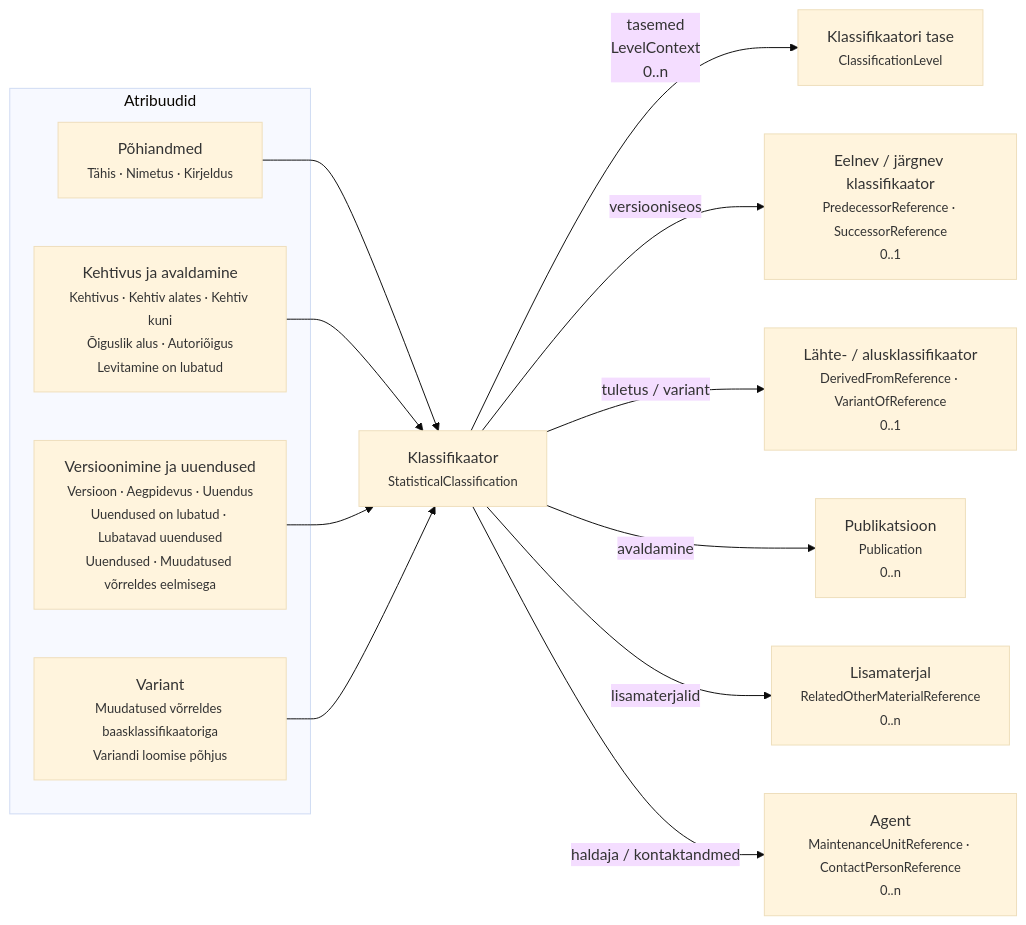
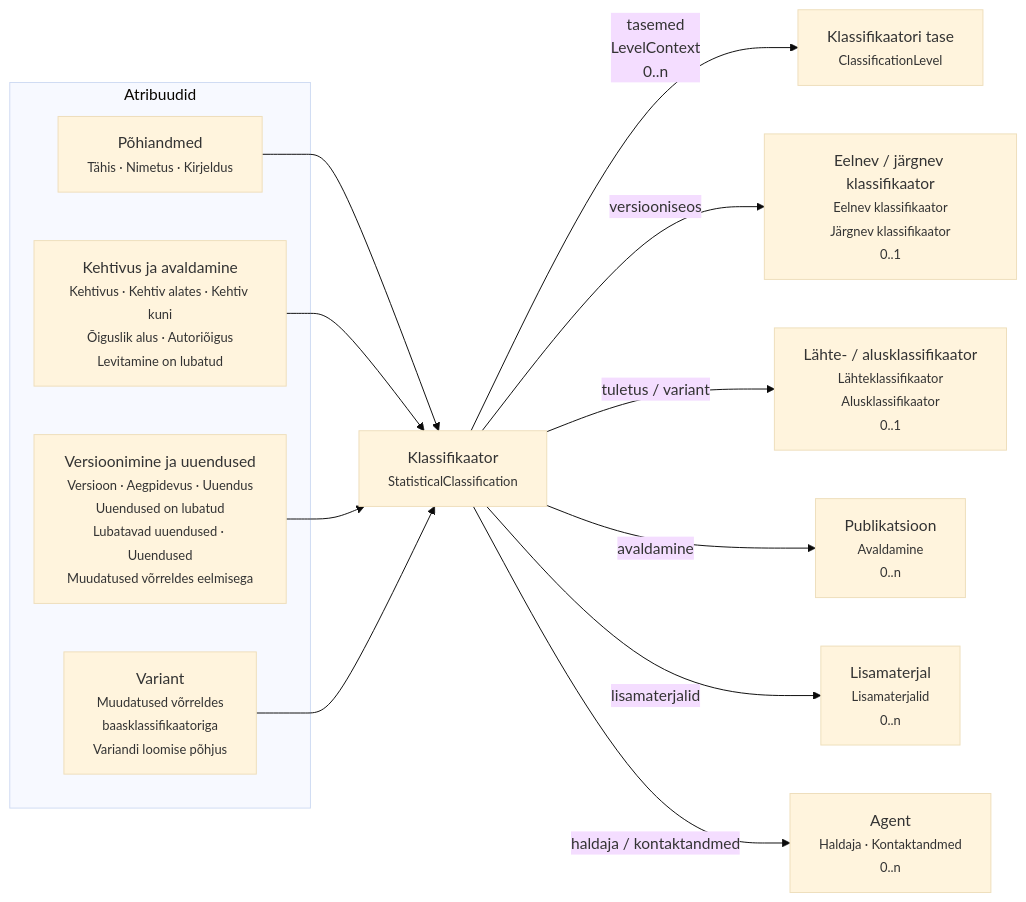
Before and after one commit to e-gov/Klassifikaatorite-ja-Koodiloendite-Standard: the fourth of 6 diagrams in docs/klassifikaator/atribuudid.md, drawn with Mermaid (base theme).

````diff
--- a/docs/klassifikaator/atribuudid.md
+++ b/docs/klassifikaator/atribuudid.md
@@ -153,44 +153,44 @@
 ```mermaid
 flowchart LR
 
 SC["Klassifikaator<br/><small>StatisticalClassification</small>"]
 
 subgraph ATTR["Atribuudid"]
   BASIC["Põhiandmed<br/><small>Tähis · Nimetus · Kirjeldus</small>"]
 
   VALID["Kehtivus ja avaldamine<br/><small>Kehtivus · Kehtiv alates · Kehtiv kuni<br/>Õiguslik alus · Autoriõigus<br/>Levitamine on lubatud</small>"]
 
-  VERSION["Versioonimine ja uuendused<br/><small>Versioon · Aegpidevus · Uuendus<br/>Uuendused on lubatud · Lubatavad uuendused<br/>Uuendused · Muudatused võrreldes eelmisega</small>"]
+  VERSION["Versioonimine ja uuendused<br/><small>Versioon · Aegpidevus · Uuendus<br/>Uuendused on lubatud<br/>Lubatavad uuendused · Uuendused<br/>Muudatused võrreldes eelmisega</small>"]
 
-  VARIANT["Variant<br/><small>Muudatused võrreldes baasklassifikaatoriga<br/>Variandi loomise põhjus</small>"]
+  VARIANT["Variant<br/><small>Muudatused võrreldes<br/>baasklassifikaatoriga<br/>Variandi loomise põhjus</small>"]
 end
 
 LV["Klassifikaatori tase<br/><small>ClassificationLevel</small>"]
 
-REL1["Eelnev / järgnev klassifikaator<br/><small>PredecessorReference · SuccessorReference<br/>0..1</small>"]
+REL1["Eelnev / järgnev klassifikaator<br/><small>Eelnev klassifikaator<br/>Järgnev klassifikaator<br/>0..1</small>"]
 
-REL2["Lähte- / alusklassifikaator<br/><small>DerivedFromReference · VariantOfReference<br/>0..1</small>"]
+REL2["Lähte- / alusklassifikaator<br/><small>Lähteklassifikaator<br/>Alusklassifikaator<br/>0..1</small>"]
 
-PUB["Publikatsioon<br/><small>Publication<br/>0..n</small>"]
+PUB["Publikatsioon<br/><small>Avaldamine<br/>0..n</small>"]
 
-MAT["Lisamaterjal<br/><small>RelatedOtherMaterialReference<br/>0..n</small>"]
+MAT["Lisamaterjal<br/><small>Lisamaterjalid<br/>0..n</small>"]
 
-AG["Agent<br/><small>MaintenanceUnitReference · ContactPersonReference<br/>0..n</small>"]
+AG["Agent<br/><small>Haldaja · Kontaktandmed<br/>0..n</small>"]
 
 BASIC --> SC
 VALID --> SC
 VERSION --> SC
 VARIANT --> SC
 
 SC -->|"tasemed<br/>LevelContext<br/>0..n"| LV
 
 SC -->|"versiooniseos"| REL1
 
 SC -->|"tuletus / variant"| REL2
 
 SC -->|"avaldamine"| PUB
 
 SC -->|"lisamaterjalid"| MAT
 
 SC -->|"haldaja / kontaktandmed"| AG
 ```
````
